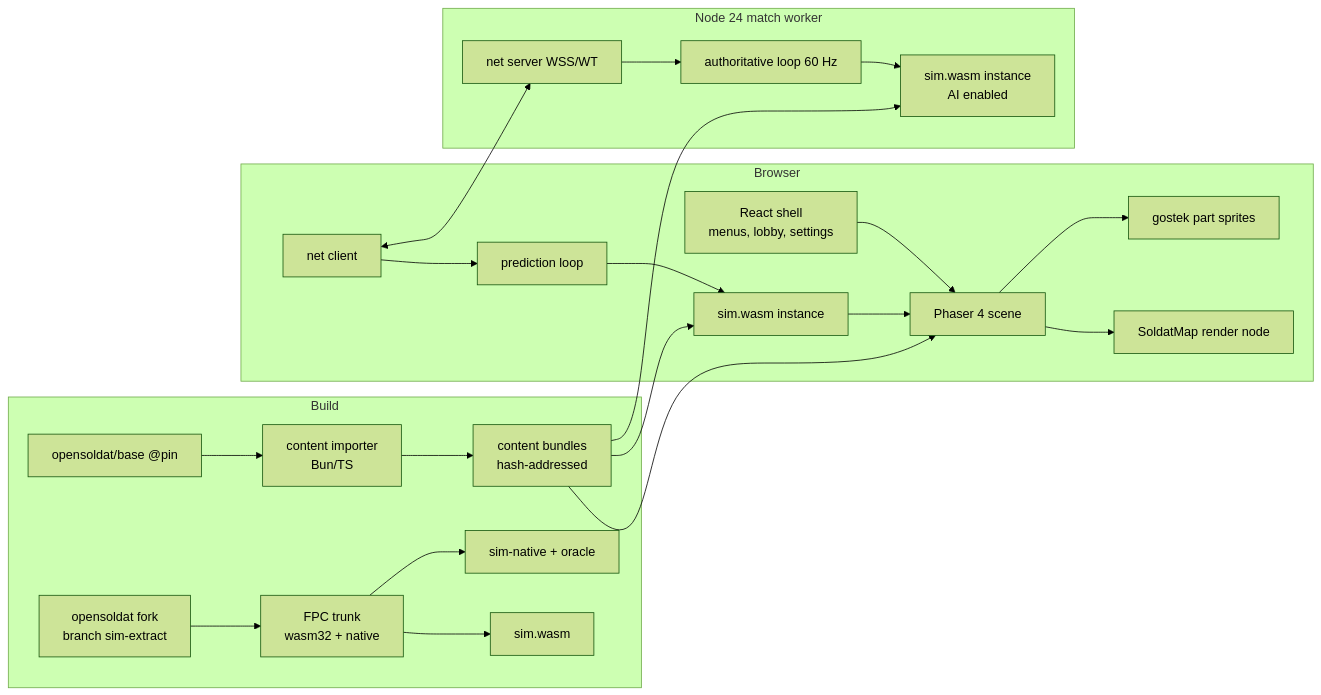
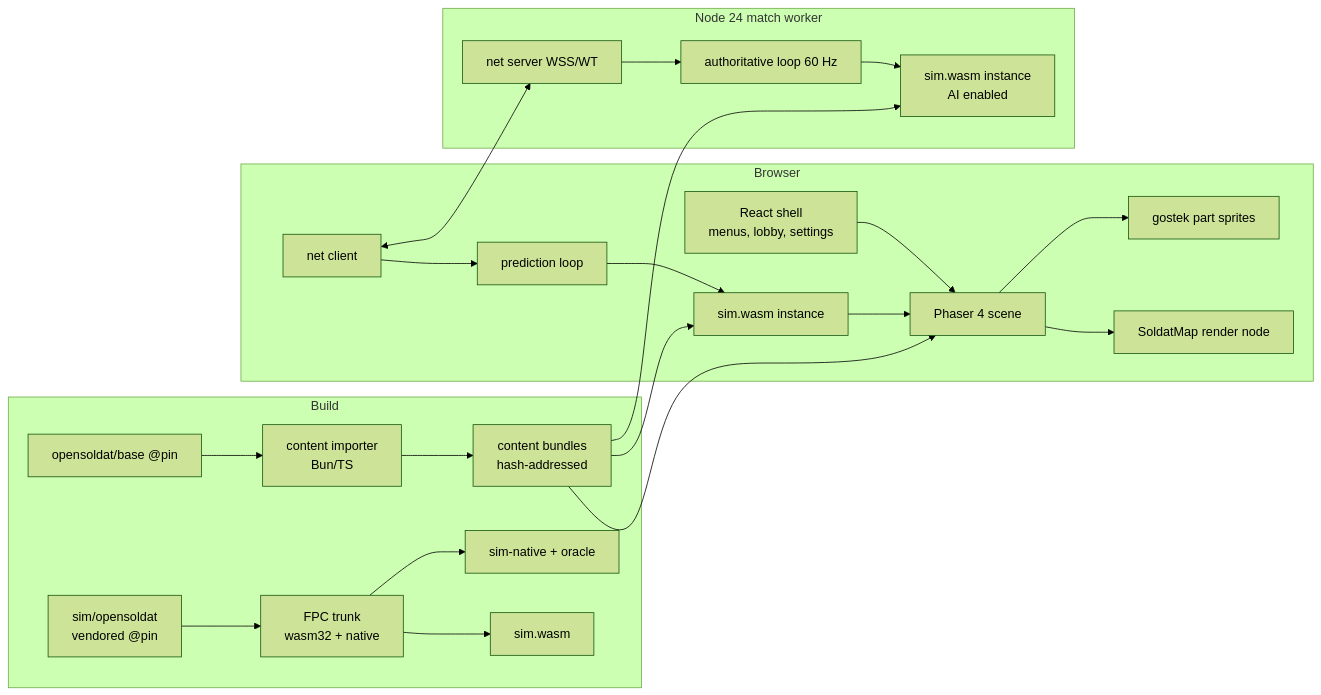
Before and after one commit to l3wi/soldat-web: the diagram in SPEC.md, drawn with Mermaid (forest theme). The commit also changed other lines of this file and 47 other files, not shown here.

````diff
--- a/SPEC.md
+++ b/SPEC.md
@@ -73,26 +73,26 @@
 ```mermaid
 flowchart LR
   subgraph Build
     BASE[opensoldat/base @pin] --> IMP[content importer<br/>Bun/TS]
-    OS[opensoldat fork<br/>branch sim-extract] --> FPC[FPC trunk<br/>wasm32 + native]
+    OS[sim/opensoldat<br/>vendored @pin] --> FPC[FPC trunk<br/>wasm32 + native]
     FPC --> WASM[sim.wasm]
     FPC --> NAT[sim-native + oracle]
     IMP --> BUNDLE[content bundles<br/>hash-addressed]
   end
   subgraph Browser
     REACT[React shell<br/>menus, lobby, settings] --> PH[Phaser 4 scene]
     PH --> MAPN[SoldatMap render node]
     PH --> GOS[gostek part sprites]
     NETC[net client] --> PRED[prediction loop]
     PRED --> SIMC[sim.wasm instance]
     SIMC --> PH
   end
   subgraph Server[Node 24 match worker]
     NETS[net server WSS/WT] --> AUTH[authoritative loop 60 Hz]
     AUTH --> SIMS[sim.wasm instance<br/>AI enabled]
   end
   BUNDLE --> PH
   BUNDLE --> SIMC
   BUNDLE --> SIMS
   NETC <--> NETS
 ```
````
